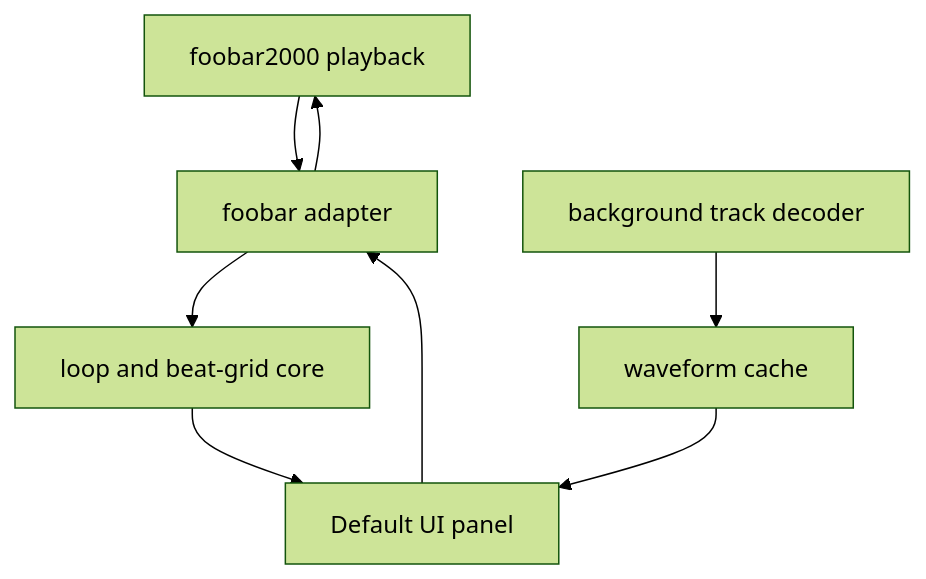
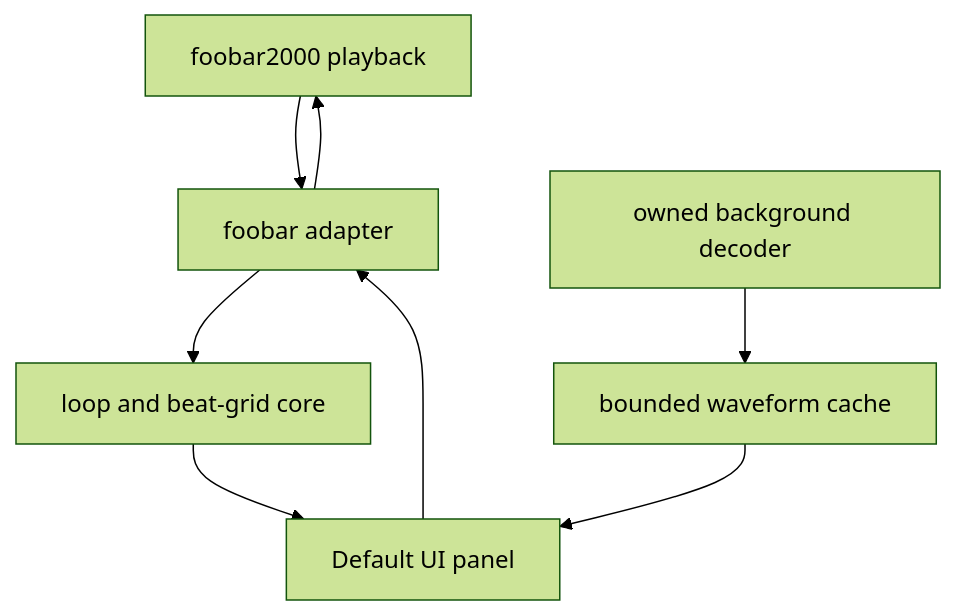
One commit to ysitbon/foo-loop-finder changed the diagram in docs/ARCHITECTURE.md. Above: the diagram before and after it, drawn with Mermaid (forest theme). The commit also changed other lines of this file and 10 other files, not shown here.

Commit message:
feat: add background waveform analysis and interactive view

````diff
--- a/docs/ARCHITECTURE.md
+++ b/docs/ARCHITECTURE.md
@@ -12,10 +12,10 @@
 ```mermaid
 flowchart TD
     FB["foobar2000 playback"] --> Adapter["foobar adapter"]
     Adapter --> Core["loop and beat-grid core"]
-    Decoder["background track decoder"] --> Waveform["waveform cache"]
+    Decoder["owned background decoder"] --> Waveform["bounded waveform cache"]
     Core --> Panel["Default UI panel"]
     Waveform --> Panel
     Panel --> Adapter
     Adapter --> FB
 ```
````
